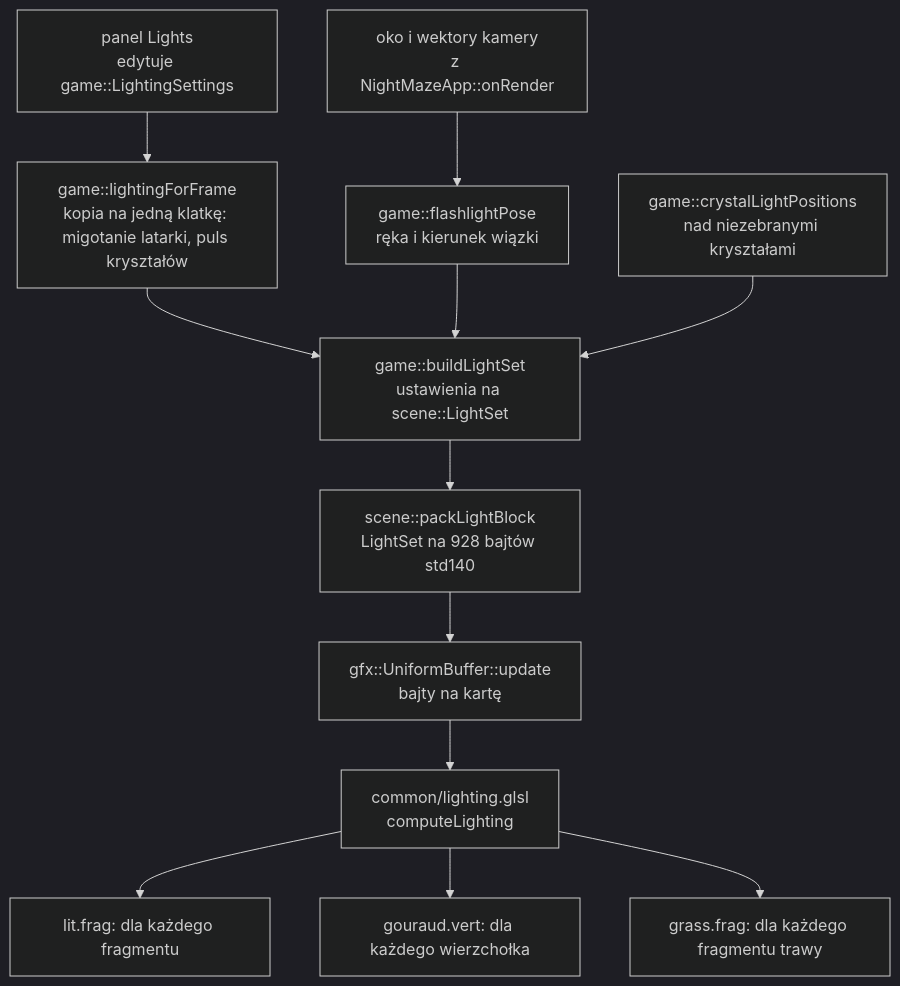
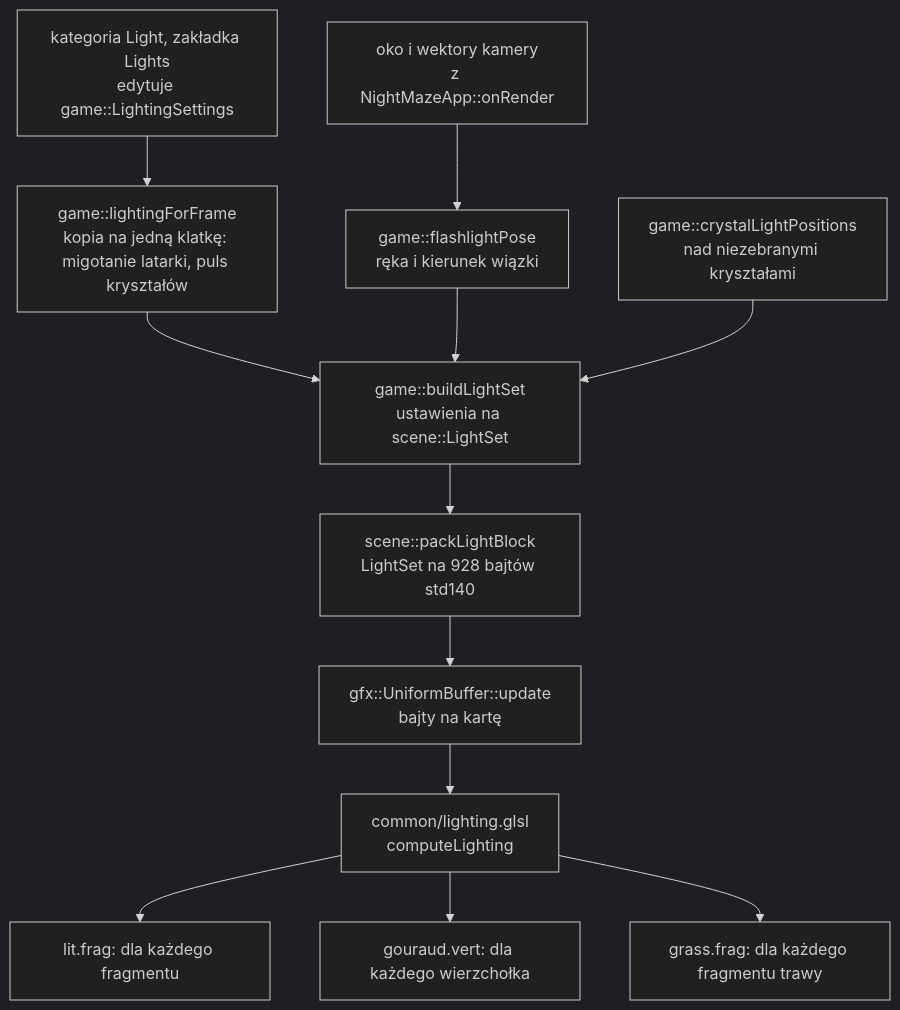
Before and after one commit to Shironex/night-maze: the second of 2 diagrams in docs/modules/scene/lights.md, drawn with Mermaid (dark theme). The commit also changed other lines of this file and 91 other files, not shown here.

````diff
--- a/docs/modules/scene/lights.md
+++ b/docs/modules/scene/lights.md
@@ -754,14 +754,14 @@
 ```mermaid
 flowchart TD
-    Panel["panel Lights<br>edytuje game::LightingSettings"] --> Frame
+    Panel["kategoria Light, zakładka Lights<br>edytuje game::LightingSettings"] --> Frame
     Frame["game::lightingForFrame<br>kopia na jedną klatkę: migotanie latarki, puls kryształów"] --> Build
     Eye["oko i wektory kamery<br>z NightMazeApp::onRender"] --> Pose["game::flashlightPose<br>ręka i kierunek wiązki"]
     Pose --> Build
     Crystals["game::crystalLightPositions<br>nad niezebranymi kryształami"] --> Build
     Build["game::buildLightSet<br>ustawienia na scene::LightSet"] --> Pack
     Pack["scene::packLightBlock<br>LightSet na 928 bajtów std140"] --> Ubo
     Ubo["gfx::UniformBuffer::update<br>bajty na kartę"] --> Glsl
     Glsl["common/lighting.glsl<br>computeLighting"] --> Frag["lit.frag: dla każdego fragmentu"]
     Glsl --> Vert["gouraud.vert: dla każdego wierzchołka"]
     Glsl --> Grass["grass.frag: dla każdego fragmentu trawy"]
 ```
````
